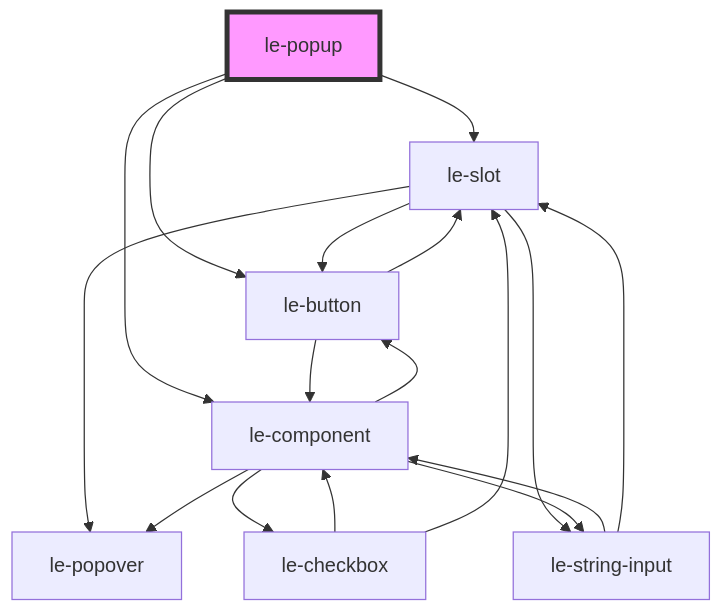
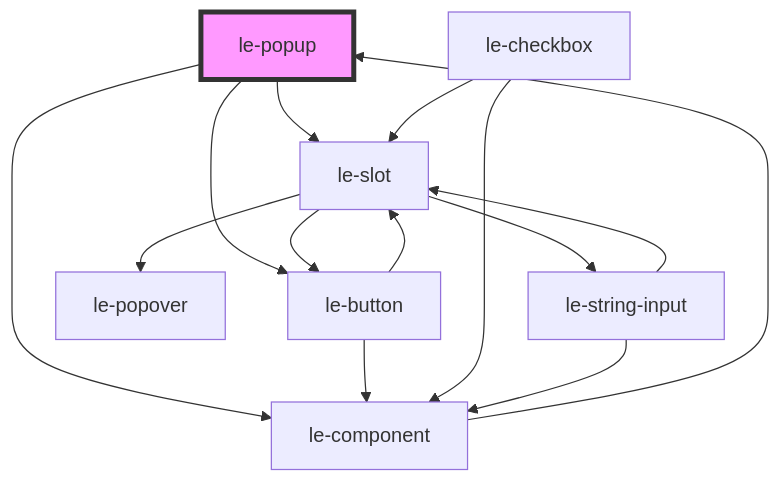
The diagram in src/components/le-popup/readme.md (leechy/le-kit), drawn with Mermaid before and after one commit. The commit also changed other lines of this file and 29 other files, not shown here.

````diff
--- a/src/components/le-popup/readme.md
+++ b/src/components/le-popup/readme.md
@@ -104,20 +109,17 @@
 ```mermaid
 graph TD;
   le-popup --> le-slot
   le-popup --> le-button
   le-popup --> le-component
   le-slot --> le-popover
   le-slot --> le-button
   le-slot --> le-string-input
   le-button --> le-component
   le-button --> le-slot
-  le-component --> le-button
-  le-component --> le-checkbox
-  le-component --> le-string-input
-  le-component --> le-popover
+  le-component --> le-popup
   le-checkbox --> le-component
   le-checkbox --> le-slot
   le-string-input --> le-component
   le-string-input --> le-slot
   style le-popup fill:#f9f,stroke:#333,stroke-width:4px
 ```
````
